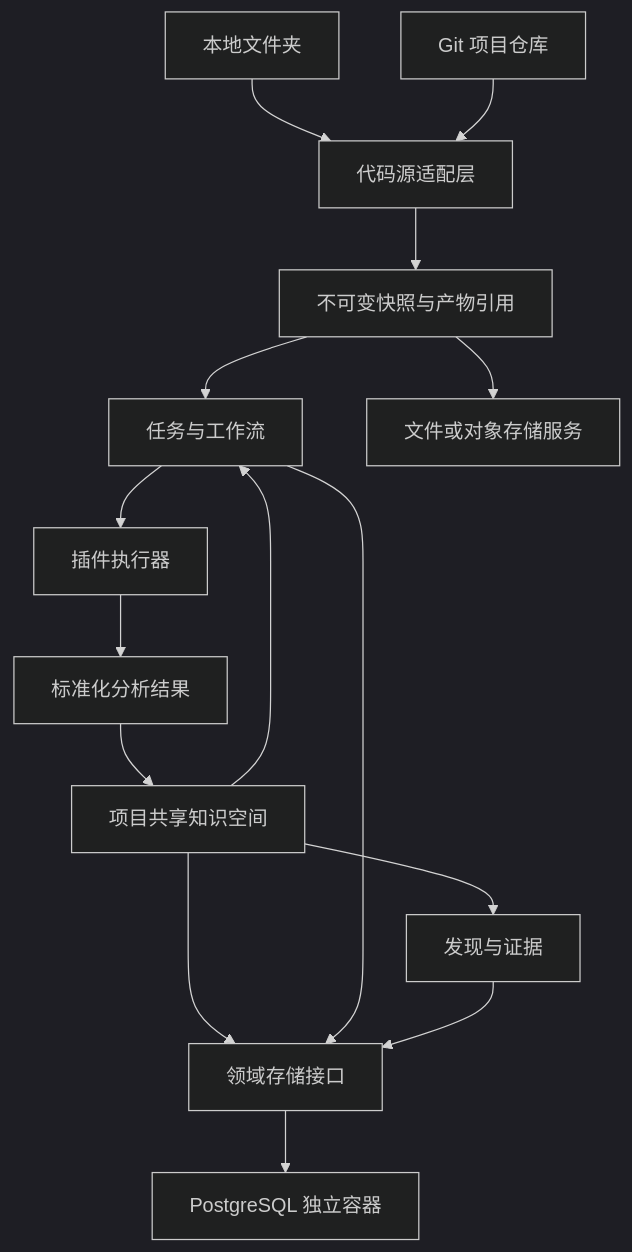
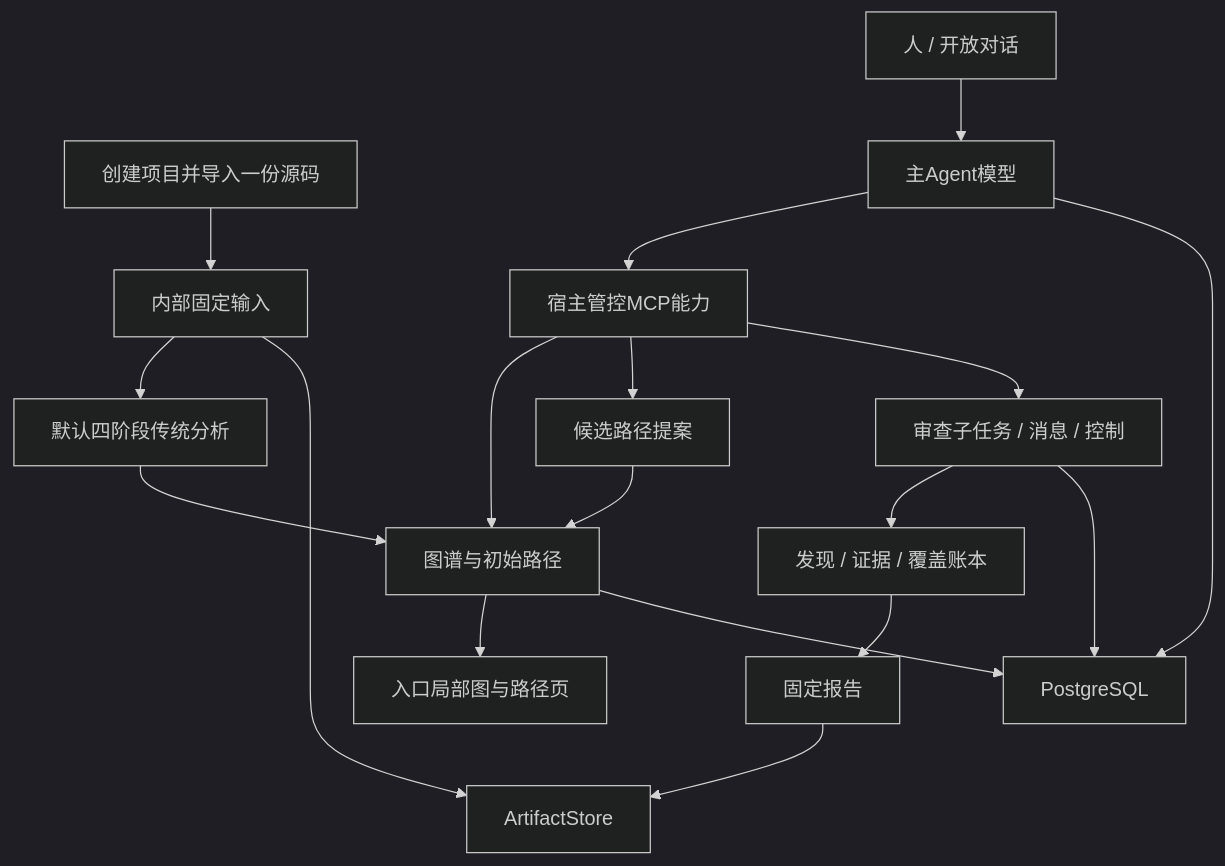
The diagram in docs/design/interfaces/v1/README.md (UserB1ank/Cod3xplo1t), drawn with Mermaid (dark theme) before and after one commit. The commit also changed other lines of this file and 324 other files, not shown here.

````diff
--- a/docs/design/interfaces/v1/README.md
+++ b/docs/design/interfaces/v1/README.md
@@ -27,17 +28,20 @@
 ```mermaid
 flowchart TD
-  Local[本地文件夹] --> Source[代码源适配层]
-  Git[Git 项目仓库] --> Source
-  Source --> Snapshot[不可变快照与产物引用]
-  Snapshot --> Flow[任务与工作流]
-  Flow --> Host[插件执行器]
-  Host --> Normalize[标准化分析结果]
-  Normalize --> Knowledge[项目共享知识空间]
-  Knowledge --> Flow
-  Knowledge --> Findings[发现与证据]
-  Knowledge --> Storage[领域存储接口]
-  Flow --> Storage
-  Findings --> Storage
-  Storage --> PG[PostgreSQL 独立容器]
-  Snapshot --> Blob[文件或对象存储服务]
+  Source[创建项目并导入一份源码] --> Input[内部固定输入]
+  Input --> Prepare[默认四阶段传统分析]
+  Prepare --> Knowledge[图谱与初始路径]
+  Knowledge --> UI[入口局部图与路径页]
+  Human[人 / 开放对话] --> Master[主Agent模型]
+  Master --> MCP[宿主管控MCP能力]
+  MCP --> Knowledge
+  MCP --> Discovery[候选路径提案]
+  Discovery --> Knowledge
+  MCP --> Child[审查子任务 / 消息 / 控制]
+  Child --> Evidence[发现 / 证据 / 覆盖账本]
+  Evidence --> Report[固定报告]
+  Knowledge --> PG[PostgreSQL]
+  Child --> PG
+  Master --> PG
+  Input --> Artifact[ArtifactStore]
+  Report --> Artifact
 ```
````
